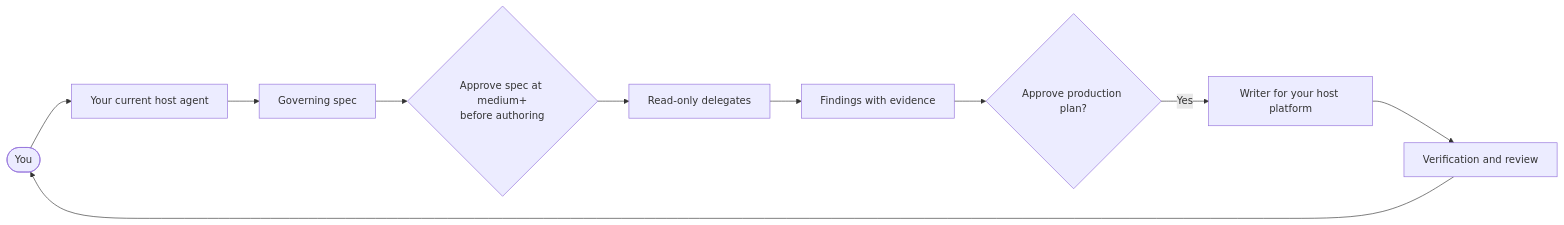
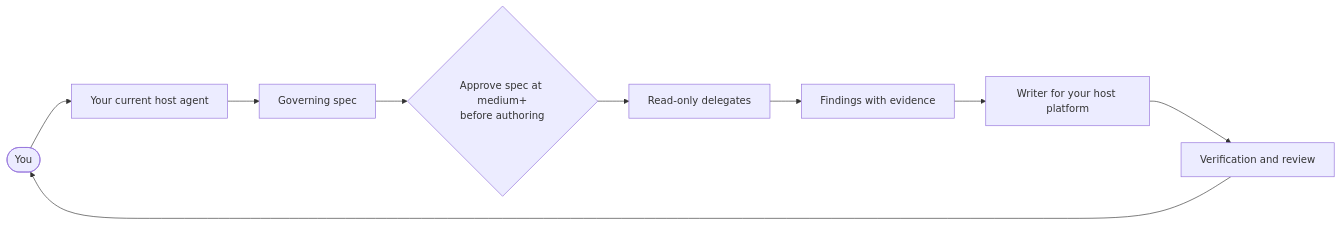
One commit to Gyunikuchan/dispatch-skills changed the diagram in skills/dispatch/README.md. Above: the diagram before and after it, drawn with Mermaid. The commit also changed other lines of this file and 64 other files, not shown here.

````diff
--- a/skills/dispatch/README.md
+++ b/skills/dispatch/README.md
@@ -26,12 +26,11 @@
 ```mermaid
 flowchart LR
     You([You]) --> Host[Your current host agent]
     Host --> Spec[Governing spec]
     Spec --> SpecGate{Approve spec at medium+<br/>before authoring}
     SpecGate --> Delegates[Read-only delegates]
     Delegates --> Evidence[Findings with evidence]
-    Evidence --> Gate{Approve production plan?}
-    Gate -->|Yes| Writer[Writer for your host platform]
+    Evidence --> Writer[Writer for your host platform]
     Writer --> Checks[Verification and review]
     Checks --> You
 ```
````
